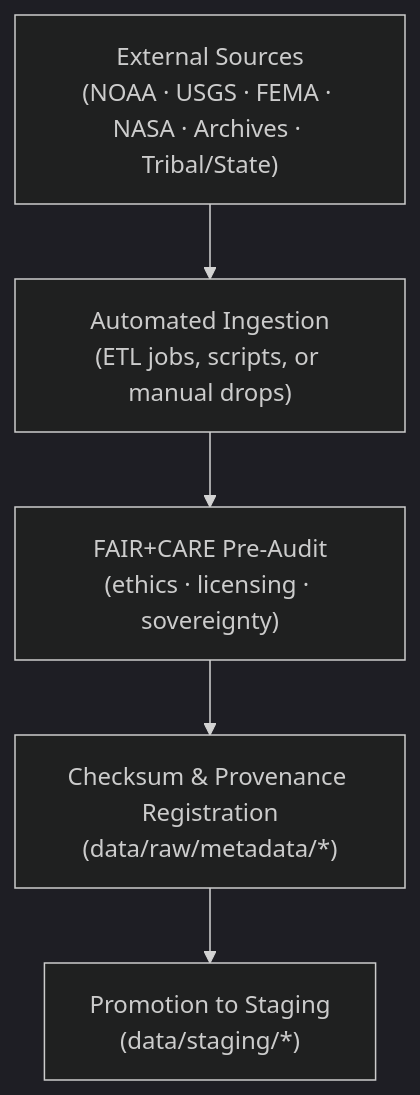
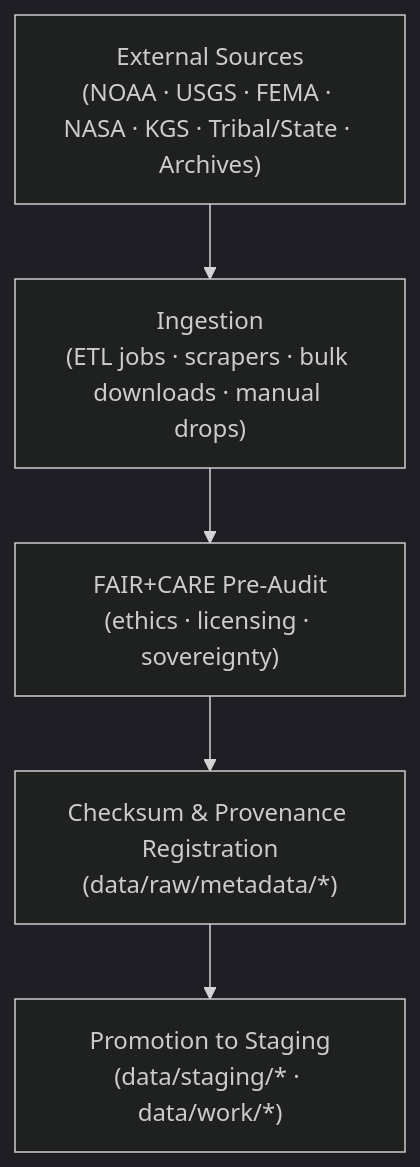
The diagram in data/raw/README.md (bartytime4life/Kansas-Frontier-Matrix), drawn with Mermaid (dark theme) before and after one commit. The commit also changed other lines of this file, not shown here.

````diff
--- a/data/raw/README.md
+++ b/data/raw/README.md
@@ -134,9 +140,9 @@
-~~~~mermaid
+```mermaid
 flowchart TD
-    SRC["External Sources\n(NOAA · USGS · FEMA · NASA · Archives · Tribal/State)"]
-      --> ING["Automated Ingestion\n(ETL jobs, scripts, or manual drops)"]
+    SRC["External Sources\n(NOAA · USGS · FEMA · NASA · KGS · Tribal/State · Archives)"]
+      --> ING["Ingestion\n(ETL jobs · scrapers · bulk downloads · manual drops)"]
 
     ING --> PRE["FAIR+CARE Pre-Audit\n(ethics · licensing · sovereignty)"]
     PRE --> REG["Checksum & Provenance Registration\n(data/raw/metadata/*)"]
-    REG --> PROMO["Promotion to Staging\n(data/staging/*)"]
-~~~~
+    REG --> PROMO["Promotion to Staging\n(data/staging/* · data/work/*)"]
+```
````
